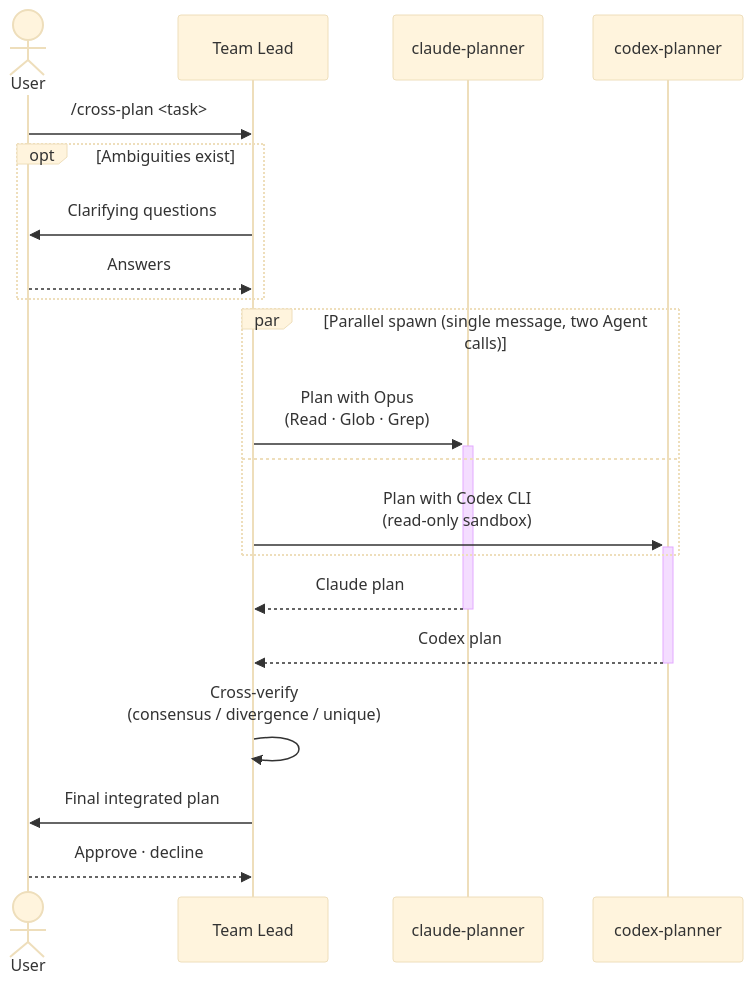
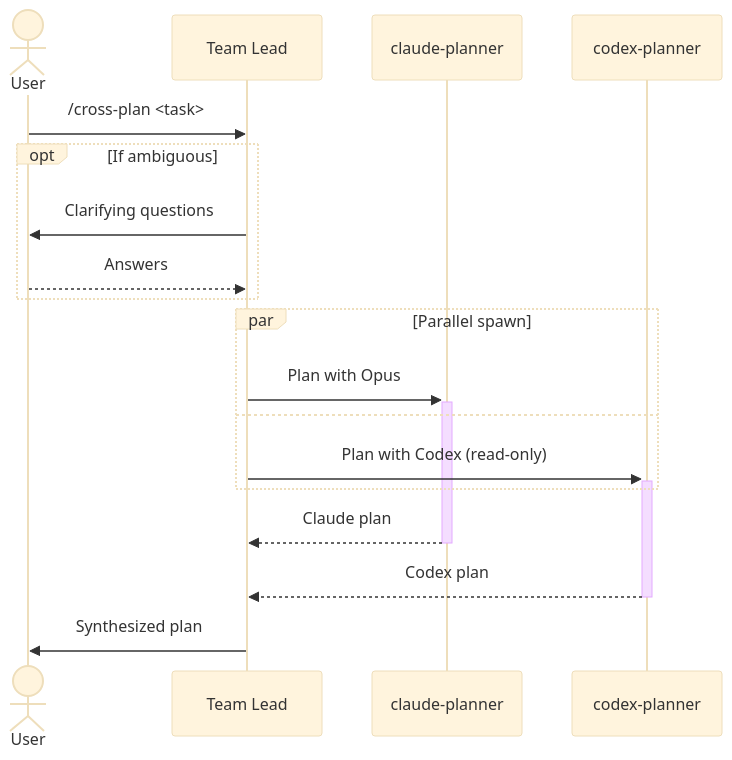
One commit to yunmango/yunmango-claude-plugins changed the second of 2 diagrams in docs/skills/cross-plan.md. Above: the diagram before and after it, drawn with Mermaid (base theme). The commit also changed other lines of this file and 9 other files, not shown here.

First line of the commit message:
docs(site): trim verbose explanations, keep diagrams + tables

````diff
--- a/docs/skills/cross-plan.md
+++ b/docs/skills/cross-plan.md
@@ -59,23 +42,21 @@
 ```mermaid
 sequenceDiagram
     actor User
     participant Lead as Team Lead
     participant CP as claude-planner
     participant XP as codex-planner
 
     User->>Lead: /cross-plan <task>
-    opt Ambiguities exist
+    opt If ambiguous
         Lead->>User: Clarifying questions
         User-->>Lead: Answers
     end
-    par Parallel spawn (single message, two Agent calls)
-        Lead->>+CP: Plan with Opus<br/>(Read · Glob · Grep)
+    par Parallel spawn
+        Lead->>+CP: Plan with Opus
     and
-        Lead->>+XP: Plan with Codex CLI<br/>(read-only sandbox)
+        Lead->>+XP: Plan with Codex (read-only)
     end
     CP-->>-Lead: Claude plan
     XP-->>-Lead: Codex plan
-    Lead->>Lead: Cross-verify<br/>(consensus / divergence / unique)
-    Lead->>User: Final integrated plan
-    User-->>Lead: Approve · decline
+    Lead->>User: Synthesized plan
 ```
````
